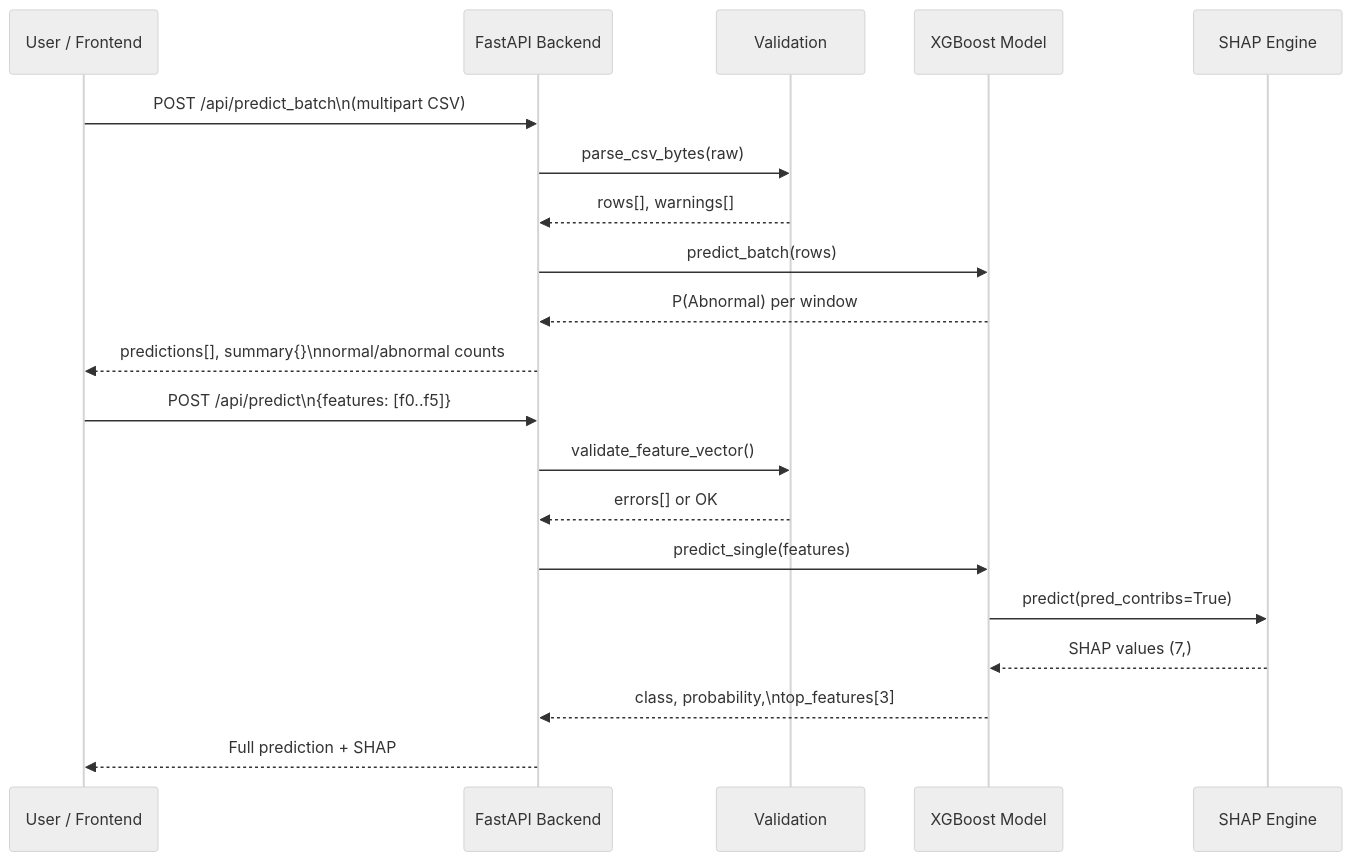
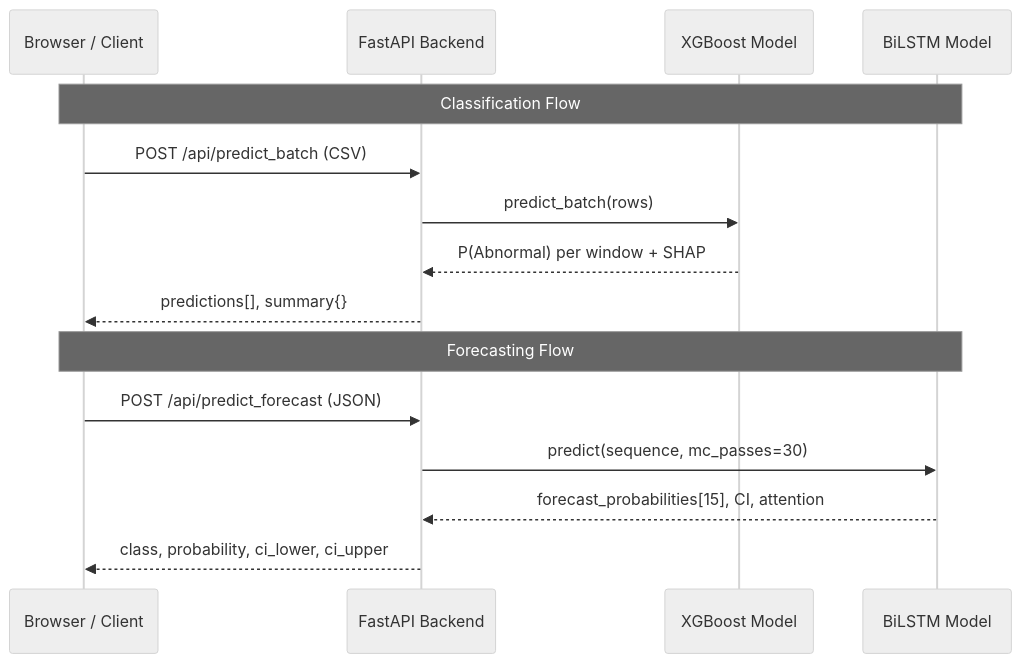
Before and after one commit to eshaansingla/Pran: the tenth of 10 diagrams in README.md, drawn with Mermaid (neutral theme). The commit also changed other lines of this file and 2 other files, not shown here.

````diff
--- a/README.md
+++ b/README.md
@@ -155,24 +637,19 @@
 ```mermaid
 sequenceDiagram
-    participant U as User / Frontend
+    participant U as Browser / Client
     participant F as FastAPI Backend
-    participant V as Validation
-    participant M as XGBoost Model
-    participant S as SHAP Engine
+    participant XGB as XGBoost Model
+    participant LSTM as BiLSTM Model
 
-    U->>F: POST /api/predict_batch\n(multipart CSV)
-    F->>V: parse_csv_bytes(raw)
-    V-->>F: rows[], warnings[]
-    F->>M: predict_batch(rows)
-    M-->>F: P(Abnormal) per window
-    F-->>U: predictions[], summary{}\nnormal/abnormal counts
+    Note over U,LSTM: Classification Flow
+    U->>F: POST /api/predict_batch (CSV)
+    F->>XGB: predict_batch(rows)
+    XGB-->>F: P(Abnormal) per window + SHAP
+    F-->>U: predictions[], summary{}
 
-    U->>F: POST /api/predict\n{features: [f0..f5]}
-    F->>V: validate_feature_vector()
-    V-->>F: errors[] or OK
-    F->>M: predict_single(features)
-    M->>S: predict(pred_contribs=True)
-    S-->>M: SHAP values (7,)
-    M-->>F: class, probability,\ntop_features[3]
-    F-->>U: Full prediction + SHAP
+    Note over U,LSTM: Forecasting Flow
+    U->>F: POST /api/predict_forecast (JSON)
+    F->>LSTM: predict(sequence, mc_passes=30)
+    LSTM-->>F: forecast_probabilities[15], CI, attention
+    F-->>U: class, probability, ci_lower, ci_upper
 ```
````
